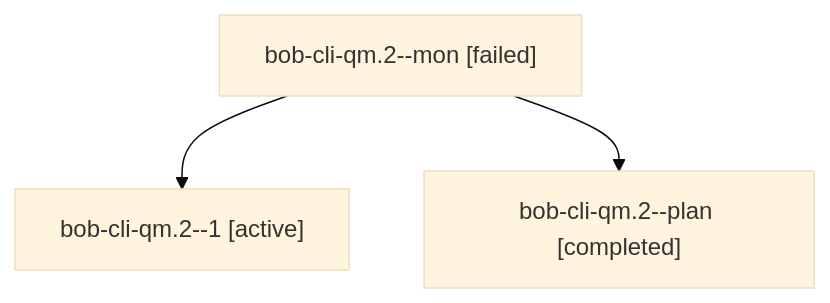
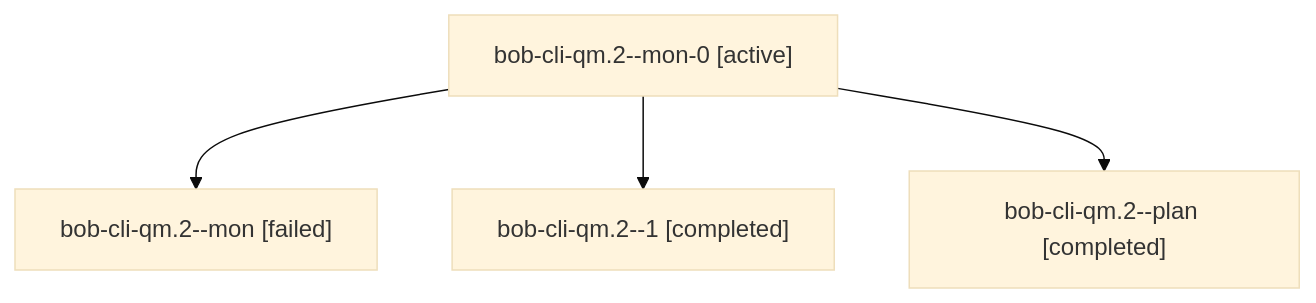
One commit to bobs-org/bob-cli--agents changed the diagram in sessions/bbugyi200.athena.bob-cli-qm.2.md. Above: the diagram before and after it, drawn with Mermaid (base theme). The commit also changed other lines of this file and 26 other files, not shown here.

````diff
--- a/sessions/bbugyi200.athena.bob-cli-qm.2.md
+++ b/sessions/bbugyi200.athena.bob-cli-qm.2.md
@@ -9,8 +9,10 @@
 ```mermaid
 flowchart TD
-  n0["bob-cli-qm.2--mon [failed]"]
-  n1["bob-cli-qm.2--1 [active]"]
+  n0["bob-cli-qm.2--mon-0 [active]"]
+  n1["bob-cli-qm.2--mon [failed]"]
   n0 --> n1
-  n2["bob-cli-qm.2--plan [completed]"]
+  n2["bob-cli-qm.2--1 [completed]"]
   n0 --> n2
+  n3["bob-cli-qm.2--plan [completed]"]
+  n0 --> n3
 ```
````
